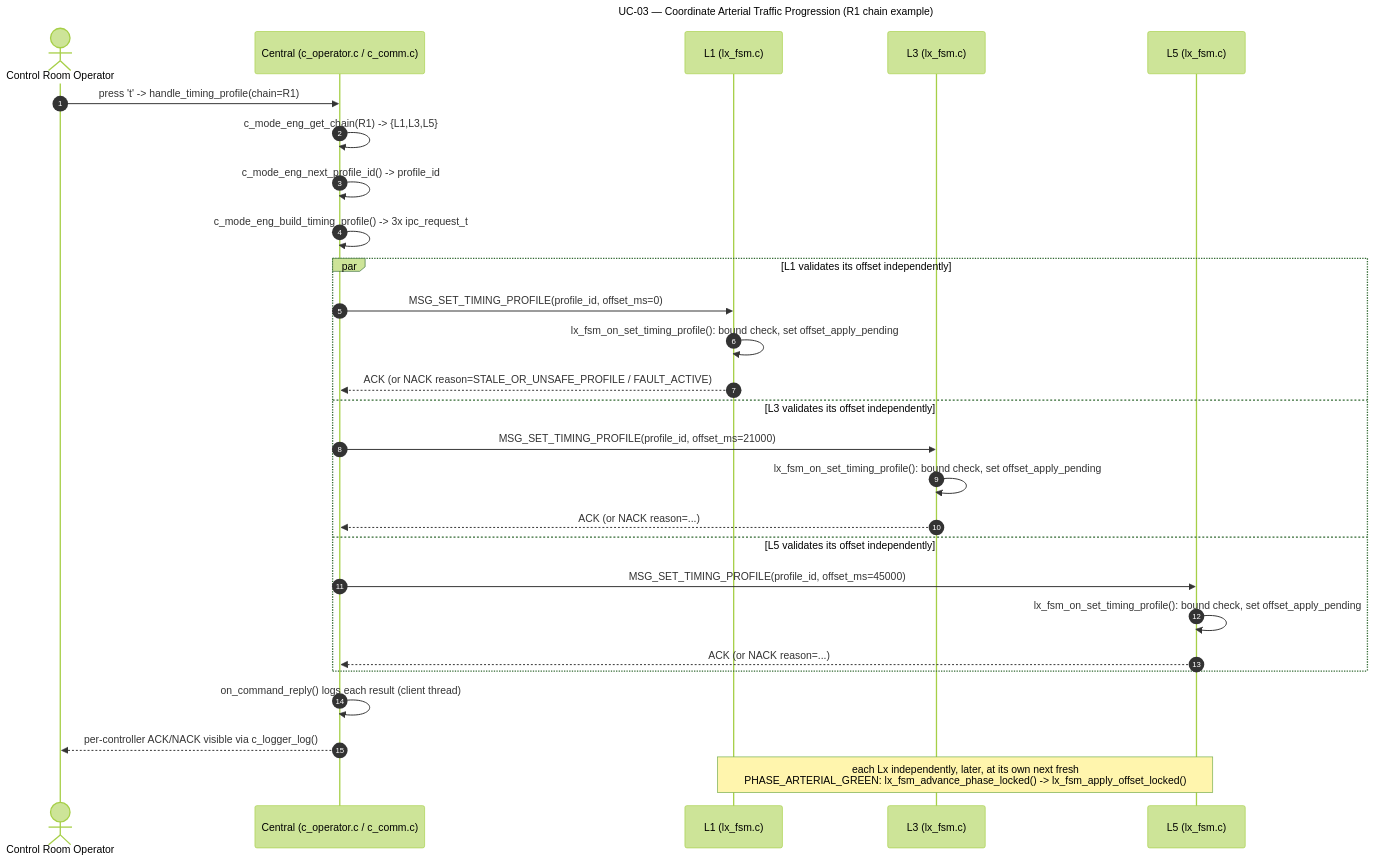
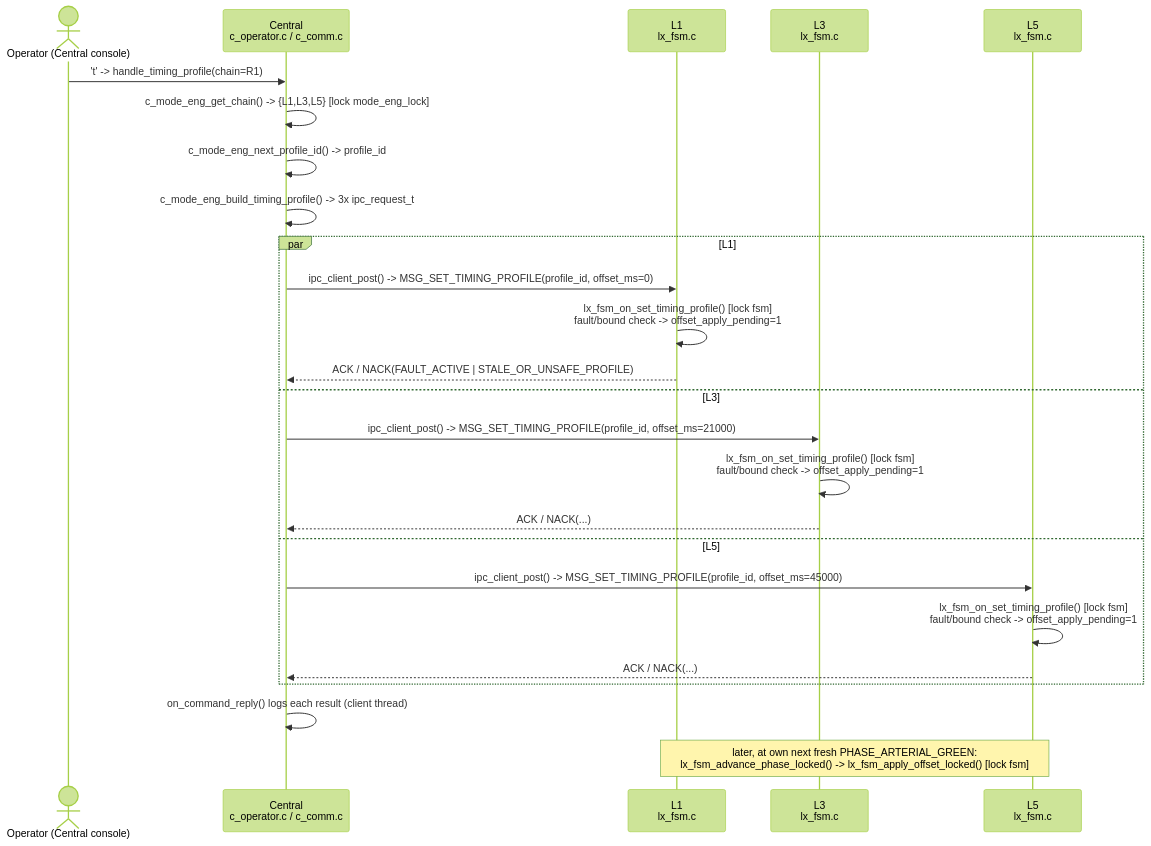
One commit to lucietran03/traffic-control-system changed the diagram in docs/flow-diagrams/UC-03-coordinate-arterial-traffic-progression.md. Above: the diagram before and after it, drawn with Mermaid (forest theme). The commit also changed other lines of this file and 22 other files, not shown here.

First line of the commit message:
Restyle flow-diagram docs: diagram-first, minimal prose

````diff
--- a/docs/flow-diagrams/UC-03-coordinate-arterial-traffic-progression.md
+++ b/docs/flow-diagrams/UC-03-coordinate-arterial-traffic-progression.md
@@ -161,39 +7,31 @@
 ```mermaid
----
-title: UC-03 — Coordinate Arterial Traffic Progression (R1 chain example)
----
 sequenceDiagram
-    accTitle: UC-03 Coordinate Arterial Traffic Progression
-    accDescr: The operator submits a timing profile to Central, which broadcasts one MSG_SET_TIMING_PROFILE per R1 chain member; each Lx validates and applies its own offset independently.
-    autonumber
+    actor Op as Operator (Central console)
+    participant C1 as Central<br/>c_operator.c / c_comm.c
+    participant L1 as L1<br/>lx_fsm.c
+    participant L3 as L3<br/>lx_fsm.c
+    participant L5 as L5<br/>lx_fsm.c
 
-    actor Op as Control Room Operator
-    participant C1 as Central (c_operator.c / c_comm.c)
-    participant L1 as L1 (lx_fsm.c)
-    participant L3 as L3 (lx_fsm.c)
-    participant L5 as L5 (lx_fsm.c)
-
-    Op->>C1: press 't' -> handle_timing_profile(chain=R1)
-    C1->>C1: c_mode_eng_get_chain(R1) -> {L1,L3,L5}
+    Op->>C1: 't' -> handle_timing_profile(chain=R1)
+    C1->>C1: c_mode_eng_get_chain() -> {L1,L3,L5} [lock mode_eng_lock]
     C1->>C1: c_mode_eng_next_profile_id() -> profile_id
     C1->>C1: c_mode_eng_build_timing_profile() -> 3x ipc_request_t
 
-    par L1 validates its offset independently
-        C1->>L1: MSG_SET_TIMING_PROFILE(profile_id, offset_ms=0)
-        L1->>L1: lx_fsm_on_set_timing_profile(): bound check, set offset_apply_pending
-        L1-->>C1: ACK (or NACK reason=STALE_OR_UNSAFE_PROFILE / FAULT_ACTIVE)
-    and L3 validates its offset independently
-        C1->>L3: MSG_SET_TIMING_PROFILE(profile_id, offset_ms=21000)
-        L3->>L3: lx_fsm_on_set_timing_profile(): bound check, set offset_apply_pending
-        L3-->>C1: ACK (or NACK reason=...)
-    and L5 validates its offset independently
-        C1->>L5: MSG_SET_TIMING_PROFILE(profile_id, offset_ms=45000)
-        L5->>L5: lx_fsm_on_set_timing_profile(): bound check, set offset_apply_pending
-        L5-->>C1: ACK (or NACK reason=...)
+    par L1
+        C1->>L1: ipc_client_post() -> MSG_SET_TIMING_PROFILE(profile_id, offset_ms=0)
+        L1->>L1: lx_fsm_on_set_timing_profile() [lock fsm]<br/>fault/bound check -> offset_apply_pending=1
+        L1-->>C1: ACK / NACK(FAULT_ACTIVE | STALE_OR_UNSAFE_PROFILE)
+    and L3
+        C1->>L3: ipc_client_post() -> MSG_SET_TIMING_PROFILE(profile_id, offset_ms=21000)
+        L3->>L3: lx_fsm_on_set_timing_profile() [lock fsm]<br/>fault/bound check -> offset_apply_pending=1
+        L3-->>C1: ACK / NACK(...)
+    and L5
+        C1->>L5: ipc_client_post() -> MSG_SET_TIMING_PROFILE(profile_id, offset_ms=45000)
+        L5->>L5: lx_fsm_on_set_timing_profile() [lock fsm]<br/>fault/bound check -> offset_apply_pending=1
+        L5-->>C1: ACK / NACK(...)
     end
 
     C1->>C1: on_command_reply() logs each result (client thread)
-    C1-->>Op: per-controller ACK/NACK visible via c_logger_log()
 
-    Note over L1,L5: each Lx independently, later, at its own next fresh<br/>PHASE_ARTERIAL_GREEN: lx_fsm_advance_phase_locked() -> lx_fsm_apply_offset_locked()
+    Note over L1,L5: later, at own next fresh PHASE_ARTERIAL_GREEN:<br/>lx_fsm_advance_phase_locked() -> lx_fsm_apply_offset_locked() [lock fsm]
 ```
````
